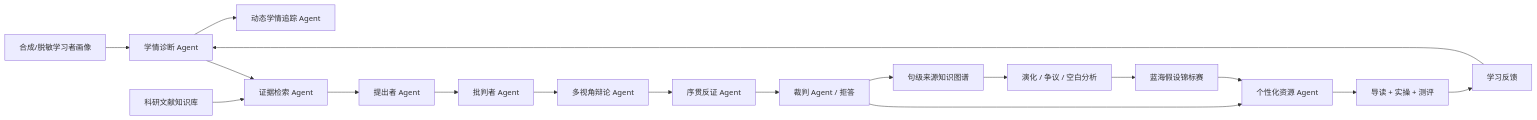
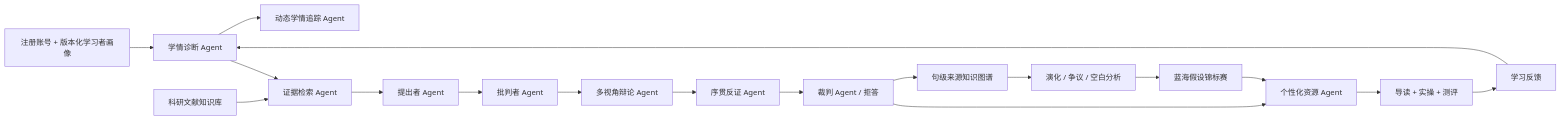
One commit to Berries06/Multi-Agent-Scholarly-Trace-demo changed the first of 2 diagrams in docs/项目说明/系统架构.md. Above: the diagram before and after it, drawn with Mermaid. The commit also changed other lines of this file and 30 other files, not shown here.

````diff
--- a/docs/项目说明/系统架构.md
+++ b/docs/项目说明/系统架构.md
@@ -5,20 +5,20 @@
 ```mermaid
 flowchart LR
-    A["合成/脱敏学习者画像"] --> B["学情诊断 Agent"]
+    A["注册账号 + 版本化学习者画像"] --> B["学情诊断 Agent"]
     B --> BT["动态学情追踪 Agent"]
     K["科研文献知识库"] --> C["证据检索 Agent"]
     B --> C
     C --> D["提出者 Agent"]
     D --> E["批判者 Agent"]
     E --> DV["多视角辩论 Agent"]
     DV --> SF["序贯反证 Agent"]
     SF --> F["裁判 Agent / 拒答"]
     F --> G["个性化资源 Agent"]
     G --> H["导读 + 实操 + 测评"]
     H --> I["学习反馈"]
     I --> B
     F --> J["句级来源知识图谱"]
     J --> TD["演化 / 争议 / 空白分析"]
     TD --> HT["蓝海假设锦标赛"]
     HT --> G
 ```
````
